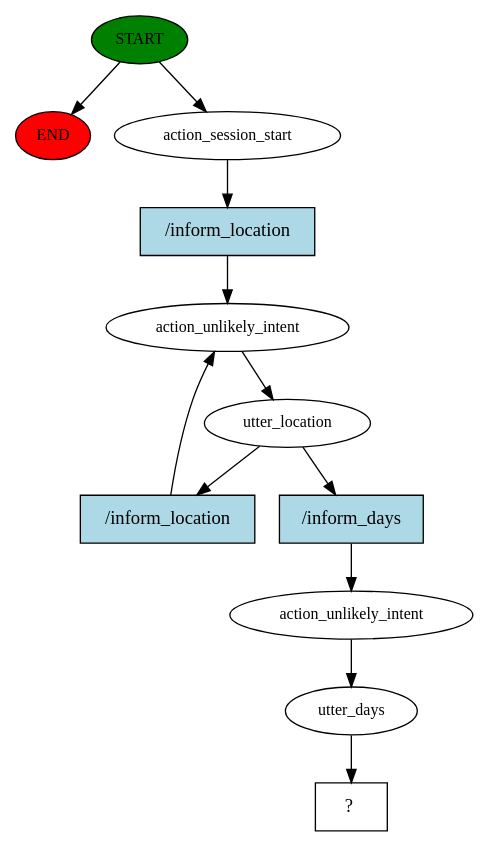
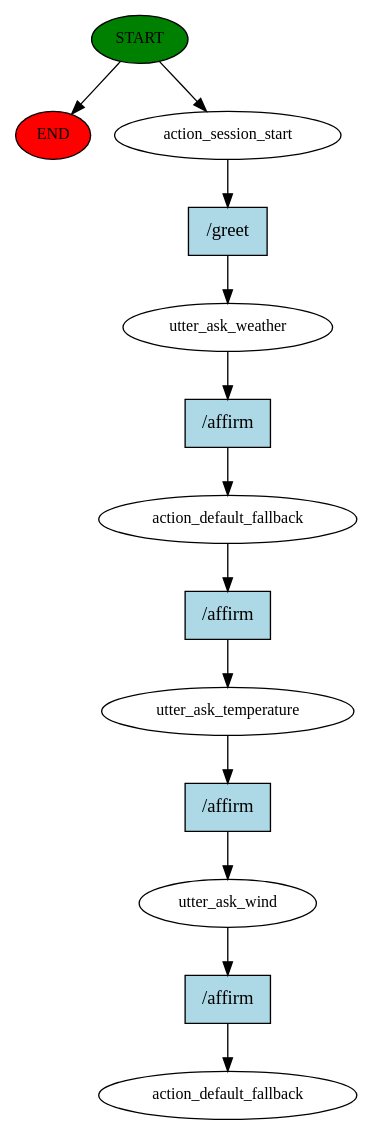
The diagram in story_graph.dot (Norma-99/WeatherChatbot), drawn with Graphviz before and after one commit. The commit also changed 8 other files, not shown here.

```diff
--- a/story_graph.dot
+++ b/story_graph.dot
@@ -1,24 +1,27 @@
 digraph  {
 0 [class="start active", fillcolor=green, fontsize=12, label=START, style=filled];
 "-1" [class=end, fillcolor=red, fontsize=12, label=END, style=filled];
 1 [class=active, fontsize=12, label=action_session_start];
-2 [class=active, fontsize=12, label=action_unlikely_intent];
-3 [class=active, fontsize=12, label=utter_location];
-6 [class=active, fontsize=12, label=action_unlikely_intent];
-7 [class=active, fontsize=12, label=utter_days];
-8 [class="intent dashed active", label="  ?  ", shape=rect];
-9 [class="intent active", fillcolor=lightblue, label="/inform_location", shape=rect, style=filled];
-10 [class="intent active", fillcolor=lightblue, label="/inform_location", shape=rect, style=filled];
-11 [class="intent active", fillcolor=lightblue, label="/inform_days", shape=rect, style=filled];
+2 [class=active, fontsize=12, label=utter_ask_weather];
+3 [class=active, fontsize=12, label=action_default_fallback];
+4 [class=active, fontsize=12, label=utter_ask_temperature];
+5 [class=active, fontsize=12, label=utter_ask_wind];
+6 [class="dashed active", fontsize=12, label=action_default_fallback];
+7 [class="intent active", fillcolor=lightblue, label="/greet", shape=rect, style=filled];
+8 [class="intent active", fillcolor=lightblue, label="/affirm", shape=rect, style=filled];
+9 [class="intent active", fillcolor=lightblue, label="/affirm", shape=rect, style=filled];
+10 [class="intent active", fillcolor=lightblue, label="/affirm", shape=rect, style=filled];
+11 [class="intent active", fillcolor=lightblue, label="/affirm", shape=rect, style=filled];
 0 -> "-1"  [class="", key=NONE, label=""];
 0 -> 1  [class=active, key=NONE, label=""];
-1 -> 9  [class=active, key=0];
-2 -> 3  [class=active, key=NONE, label=""];
-3 -> 10  [class=active, key=0];
-3 -> 11  [class=active, key=0];
-6 -> 7  [class=active, key=NONE, label=""];
-7 -> 8  [class=active, key=NONE, label=""];
-9 -> 2  [class=active, key=0];
-10 -> 2  [class=active, key=0];
+1 -> 7  [class=active, key=0];
+2 -> 8  [class=active, key=0];
+3 -> 9  [class=active, key=0];
+4 -> 10  [class=active, key=0];
+5 -> 11  [class=active, key=0];
+7 -> 2  [class=active, key=0];
+8 -> 3  [class=active, key=0];
+9 -> 4  [class=active, key=0];
+10 -> 5  [class=active, key=0];
 11 -> 6  [class=active, key=0];
 }
```
